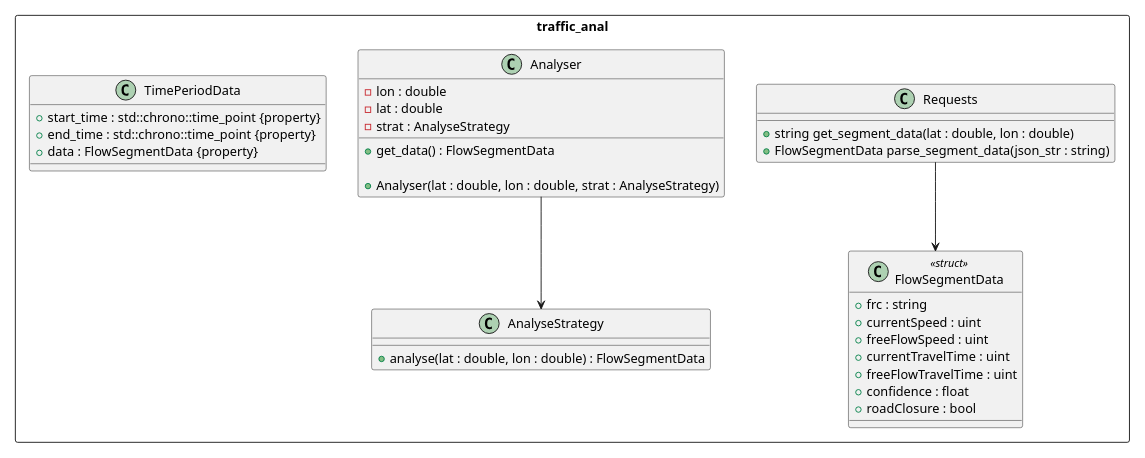
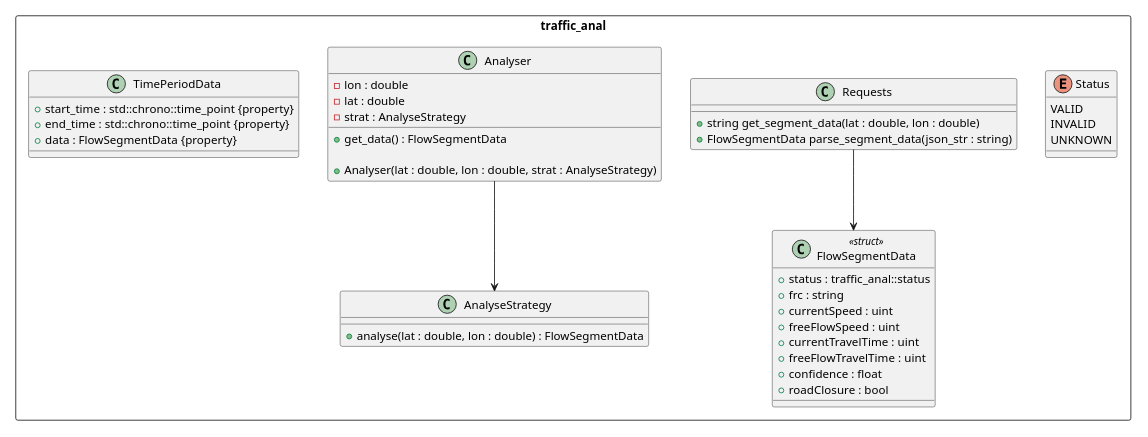
The diagram in doc/class.puml (A-A-Tel/TrafficAnal-CPP), drawn with PlantUML before and after one commit. The commit also changed 5 other files, not shown here.

Commit message:
added some uml defined classes

```diff
--- a/doc/class.puml
+++ b/doc/class.puml
@@ -1,46 +1,53 @@
 @startuml
 scale 750 width
 set separator ::
 
 namespace traffic_anal <<Rectangle>> {
+
+	enum Status {
+		VALID
+		INVALID
+		UNKNOWN
+	}
 
 	class Requests {
 		+string get_segment_data(lat : double, lon : double)
 		+FlowSegmentData parse_segment_data(json_str : string)
 	}
 
 	class FlowSegmentData <<struct>> {
+		+status : traffic_anal::status
 		+frc : string
 		+currentSpeed : uint
 		+freeFlowSpeed : uint
 		+currentTravelTime : uint
 		+freeFlowTravelTime : uint
 		+confidence : float
 		+roadClosure : bool
 	}
 
 	class AnalyseStrategy {
 		+analyse(lat : double, lon : double) : FlowSegmentData
 	}
 
 	class Analyser {
 		+get_data() : FlowSegmentData
 
 		+Analyser(lat : double, lon : double, strat : AnalyseStrategy)
 
 		-lon : double
 		-lat : double
 		-strat : AnalyseStrategy
 	}
 
 	class TimePeriodData {
 		+start_time : std::chrono::time_point {property}
 		+end_time : std::chrono::time_point {property}
 		+data : FlowSegmentData {property}
 	}
 }
 
 traffic_anal::Requests --> traffic_anal::FlowSegmentData
 traffic_anal::Analyser --> traffic_anal::AnalyseStrategy
 
 @enduml
```
